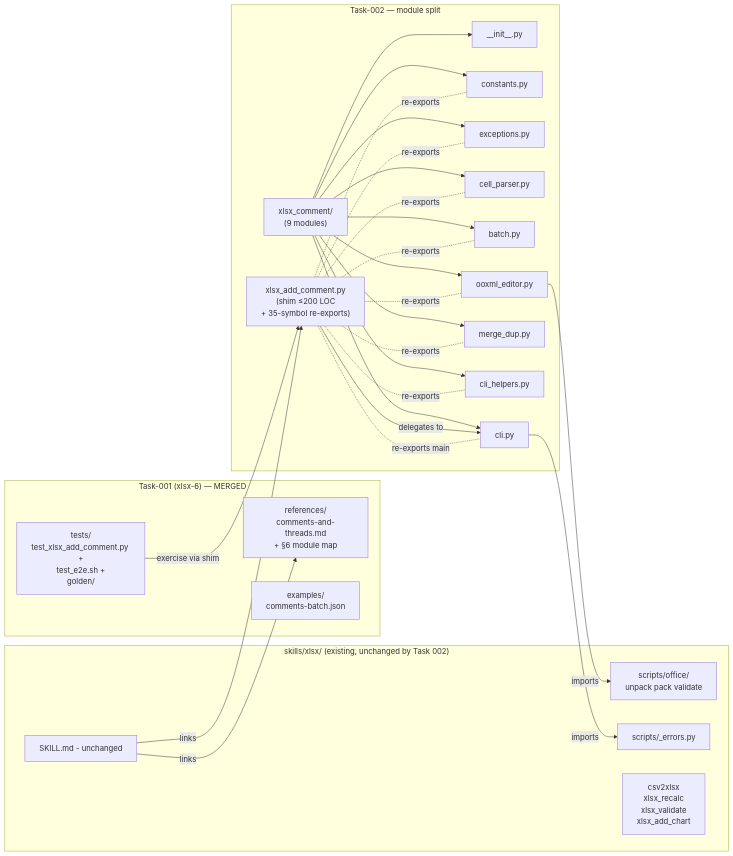
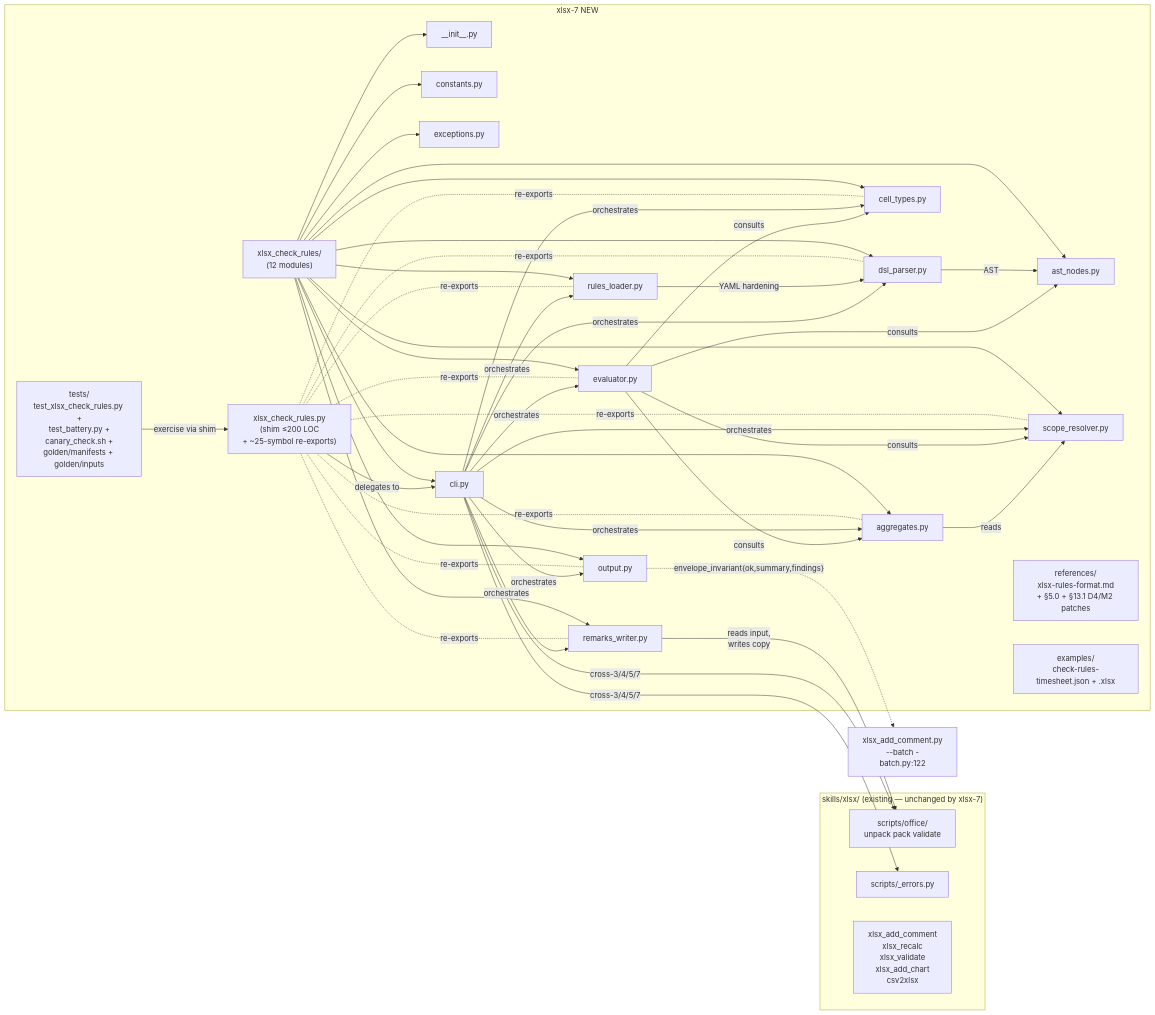
The second of 2 diagrams in docs/ARCHITECTURE.md (MatrixFounder/Universal-skills), drawn with Mermaid before and after one commit. The commit also changed other lines of this file and 70 other files, not shown here.

Commit message:
new capability xlsx_check_rules.py

````diff
--- a/docs/ARCHITECTURE.md
+++ b/docs/ARCHITECTURE.md
@@ -264,50 +386,40 @@
 ```mermaid
 flowchart LR
-    subgraph "skills/xlsx/ (existing, unchanged by Task 002)"
-        SKILL[SKILL.md - unchanged]
+    subgraph "skills/xlsx/ (existing — unchanged by xlsx-7)"
         Office[scripts/office/<br/>unpack pack validate]
-        Errors[scripts/_errors.py]
-        Existing[csv2xlsx<br/>xlsx_recalc<br/>xlsx_validate<br/>xlsx_add_chart]
+        ErrPy[scripts/_errors.py]
+        Existing[xlsx_add_comment<br/>xlsx_recalc<br/>xlsx_validate<br/>xlsx_add_chart<br/>csv2xlsx]
     end
-    subgraph "Task-001 (xlsx-6) — MERGED"
-        Ref[references/<br/>comments-and-threads.md<br/>+ §6 module map]
-        Example[examples/<br/>comments-batch.json]
-        Tests[tests/<br/>test_xlsx_add_comment.py +<br/>test_e2e.sh +<br/>golden/]
-    end
-    subgraph "Task-002 — module split"
-        Shim["xlsx_add_comment.py<br/>(shim ≤200 LOC<br/>+ 35-symbol re-exports)"]
-        Pkg["xlsx_comment/<br/>(9 modules)"]
+    subgraph "xlsx-7 NEW"
+        Shim["xlsx_check_rules.py<br/>(shim ≤200 LOC<br/>+ ~25-symbol re-exports)"]
+        Pkg["xlsx_check_rules/<br/>(12 modules)"]
         Init["__init__.py"]
         Const["constants.py"]
         Exc["exceptions.py"]
-        Cell["cell_parser.py"]
-        Batch["batch.py"]
-        OOXML["ooxml_editor.py"]
-        Merge["merge_dup.py"]
-        CliH["cli_helpers.py"]
+        Ast["ast_nodes.py"]
+        Loader["rules_loader.py"]
+        Parser["dsl_parser.py"]
+        CellTy["cell_types.py"]
+        Scope["scope_resolver.py"]
+        Eval["evaluator.py"]
+        Agg["aggregates.py"]
+        Out["output.py"]
+        Rem["remarks_writer.py"]
         Cli["cli.py"]
-        Pkg --> Init
-        Pkg --> Const
-        Pkg --> Exc
-        Pkg --> Cell
-        Pkg --> Batch
-        Pkg --> OOXML
-        Pkg --> Merge
-        Pkg --> CliH
-        Pkg --> Cli
+        Pkg --> Init & Const & Exc & Ast & Loader & Parser & CellTy & Scope & Eval & Agg & Out & Rem & Cli
+        Ref[references/<br/>xlsx-rules-format.md<br/>+ §5.0 + §13.1 D4/M2 patches]
+        Ex[examples/<br/>check-rules-timesheet.json + .xlsx]
+        Tests[tests/<br/>test_xlsx_check_rules.py +<br/>test_battery.py +<br/>canary_check.sh +<br/>golden/manifests + golden/inputs]
     end
     Shim -->|delegates to| Cli
-    Shim -.re-exports.- Const
-    Shim -.re-exports.- Exc
-    Shim -.re-exports.- Cell
-    Shim -.re-exports.- Batch
-    Shim -.re-exports.- OOXML
-    Shim -.re-exports.- Merge
-    Shim -.re-exports.- CliH
-    Shim -.re-exports main.- Cli
-    OOXML -->|imports| Office
-    Cli -->|imports| Errors
+    Shim -.re-exports.- Loader & Parser & CellTy & Scope & Eval & Agg & Out & Rem
+    Loader -->|YAML hardening| Parser
+    Parser -->|AST| Ast
+    Cli -->|orchestrates| Loader & Parser & CellTy & Scope & Eval & Agg & Out & Rem
+    Eval -->|consults| Ast & CellTy & Scope & Agg
+    Agg -->|reads| Scope
+    Rem -->|reads input,<br/>writes copy| Office
+    Cli -->|cross-3/4/5/7| Office & ErrPy
+    Out -. envelope_invariant{ok,summary,findings} .-> Pipe[xlsx_add_comment.py<br/>--batch -<br/>batch.py:122]
     Tests -->|exercise via shim| Shim
-    SKILL -->|links| Shim
-    SKILL -->|links| Ref
 ```
````
